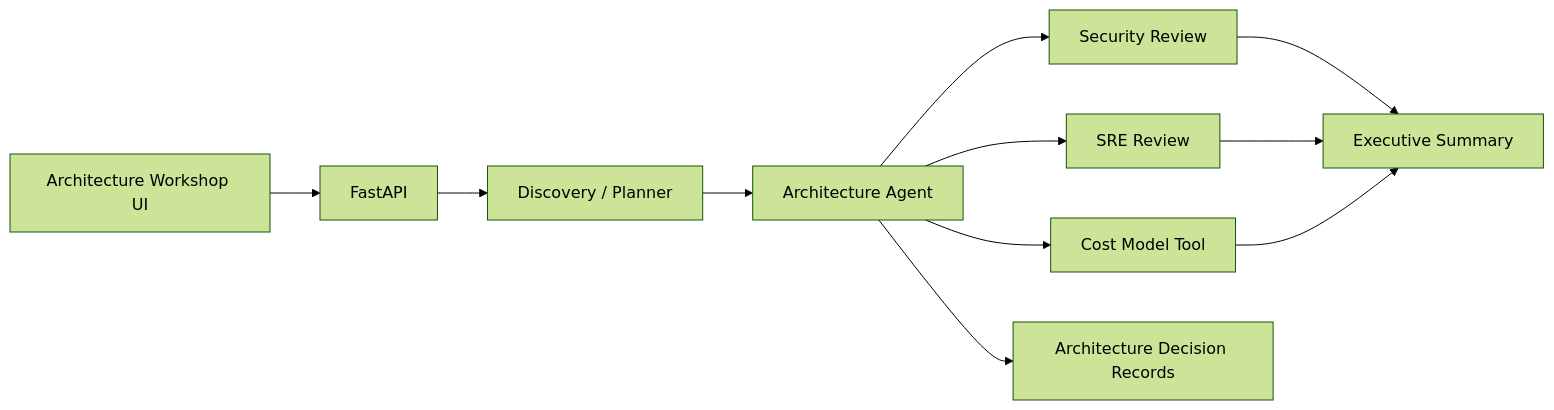
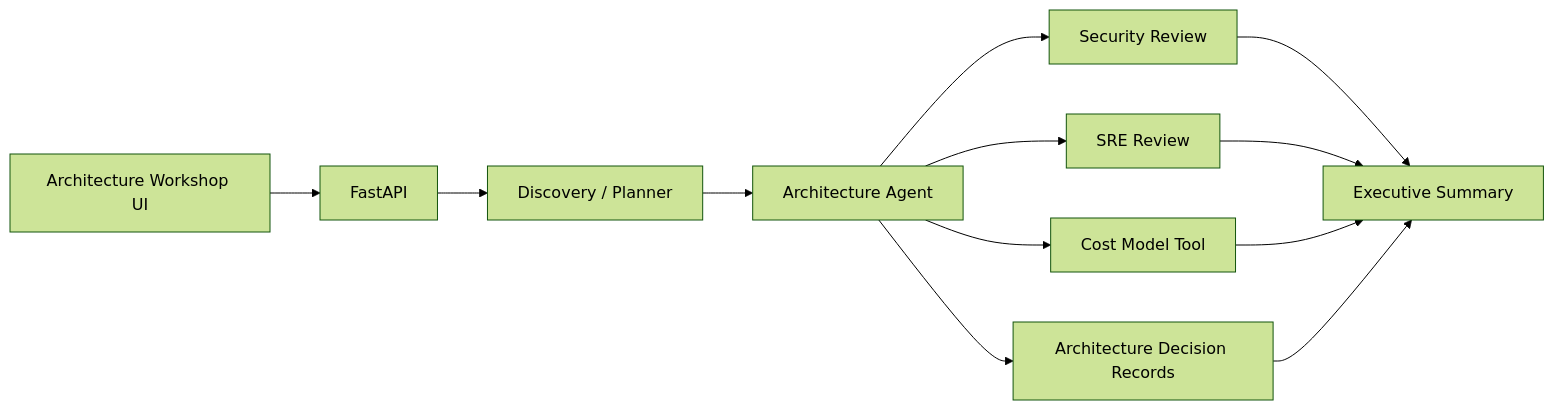
The diagram in README.md (aryacreates/ai-solution-architect), drawn with Mermaid (forest theme) before and after one commit. The commit also changed other lines of this file, not shown here.

````diff
--- a/README.md
+++ b/README.md
@@ -21,13 +28,17 @@
 ```mermaid
 flowchart LR
     UI[Architecture Workshop UI] --> API[FastAPI]
+
     API --> DISC[Discovery / Planner]
     DISC --> ARCH[Architecture Agent]
+
     ARCH --> SEC[Security Review]
     ARCH --> SRE[SRE Review]
+    ARCH --> COST[Cost Model Tool]
+    ARCH --> ADR[Architecture Decision Records]
+
     SEC --> SUM[Executive Summary]
     SRE --> SUM
-    ARCH --> COST[Cost Model Tool]
-    ARCH --> ADR[Architecture Decision Records]
     COST --> SUM
+    ADR --> SUM
 ```
````
